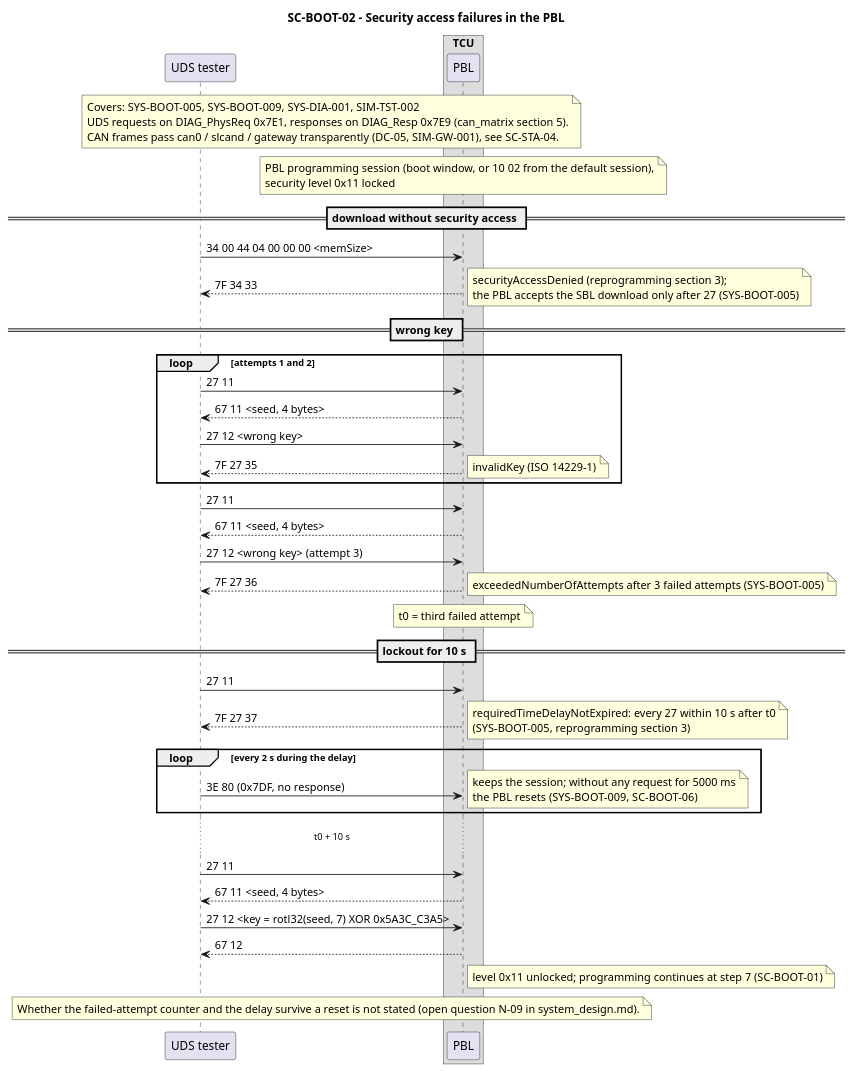
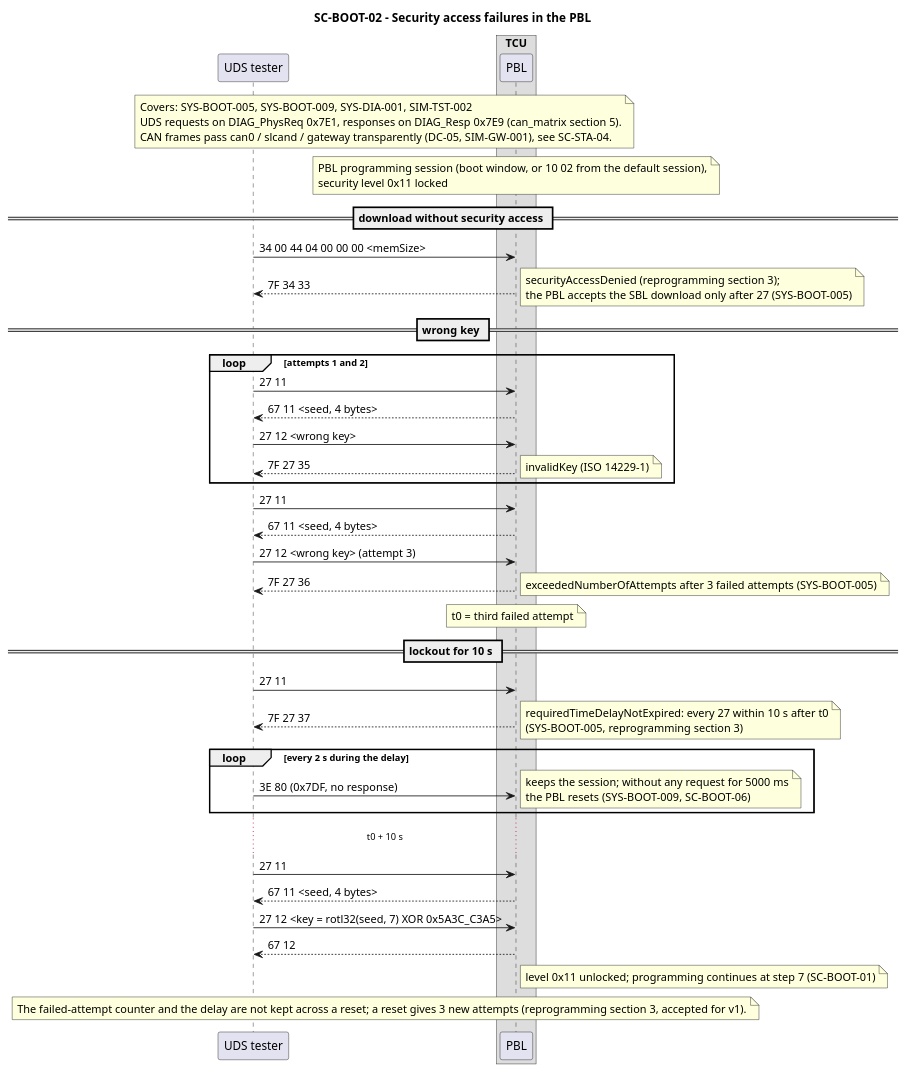
Before and after one commit to cavoidcodon/xAT: the diagram in docs/architecture/system/diagrams/seq_boot_security_fail.puml, drawn with PlantUML. The commit also changed 16 other files, not shown here.

First line of the commit message:
Update system design for spec findings N-01..N-11 (TASK-026)

```diff
--- a/docs/architecture/system/diagrams/seq_boot_security_fail.puml
+++ b/docs/architecture/system/diagrams/seq_boot_security_fail.puml
@@ -1,53 +1,53 @@
 @startuml seq_boot_security_fail
 title SC-BOOT-02 - Security access failures in the PBL
 
 participant "UDS tester" as Tester
 box "TCU"
 participant "PBL" as PBL
 end box
 
 note over Tester, PBL
 Covers: SYS-BOOT-005, SYS-BOOT-009, SYS-DIA-001, SIM-TST-002
 UDS requests on DIAG_PhysReq 0x7E1, responses on DIAG_Resp 0x7E9 (can_matrix section 5).
 CAN frames pass can0 / slcand / gateway transparently (DC-05, SIM-GW-001), see SC-STA-04.
 end note
 
 note over PBL: PBL programming session (boot window, or 10 02 from the default session),\nsecurity level 0x11 locked
 
 == download without security access ==
 Tester -> PBL : 34 00 44 04 00 00 00 <memSize>
 PBL --> Tester : 7F 34 33
 note right: securityAccessDenied (reprogramming section 3);\nthe PBL accepts the SBL download only after 27 (SYS-BOOT-005)
 
 == wrong key ==
 loop attempts 1 and 2
   Tester -> PBL : 27 11
   PBL --> Tester : 67 11 <seed, 4 bytes>
   Tester -> PBL : 27 12 <wrong key>
   PBL --> Tester : 7F 27 35
   note right: invalidKey (ISO 14229-1)
 end
 Tester -> PBL : 27 11
 PBL --> Tester : 67 11 <seed, 4 bytes>
 Tester -> PBL : 27 12 <wrong key> (attempt 3)
 PBL --> Tester : 7F 27 36
 note right: exceededNumberOfAttempts after 3 failed attempts (SYS-BOOT-005)
 note over PBL: t0 = third failed attempt
 
 == lockout for 10 s ==
 Tester -> PBL : 27 11
 PBL --> Tester : 7F 27 37
 note right: requiredTimeDelayNotExpired: every 27 within 10 s after t0\n(SYS-BOOT-005, reprogramming section 3)
 loop every 2 s during the delay
   Tester -> PBL : 3E 80 (0x7DF, no response)
   note right: keeps the session; without any request for 5000 ms\nthe PBL resets (SYS-BOOT-009, SC-BOOT-06)
 end
 ... t0 + 10 s ...
 Tester -> PBL : 27 11
 PBL --> Tester : 67 11 <seed, 4 bytes>
 Tester -> PBL : 27 12 <key = rotl32(seed, 7) XOR 0x5A3C_C3A5>
 PBL --> Tester : 67 12
 note right of PBL: level 0x11 unlocked; programming continues at step 7 (SC-BOOT-01)
 
-note over Tester, PBL: Whether the failed-attempt counter and the delay survive a reset is not stated (open question N-09 in system_design.md).
+note over Tester, PBL: The failed-attempt counter and the delay are not kept across a reset; a reset gives 3 new attempts (reprogramming section 3, accepted for v1).
 @enduml
```
